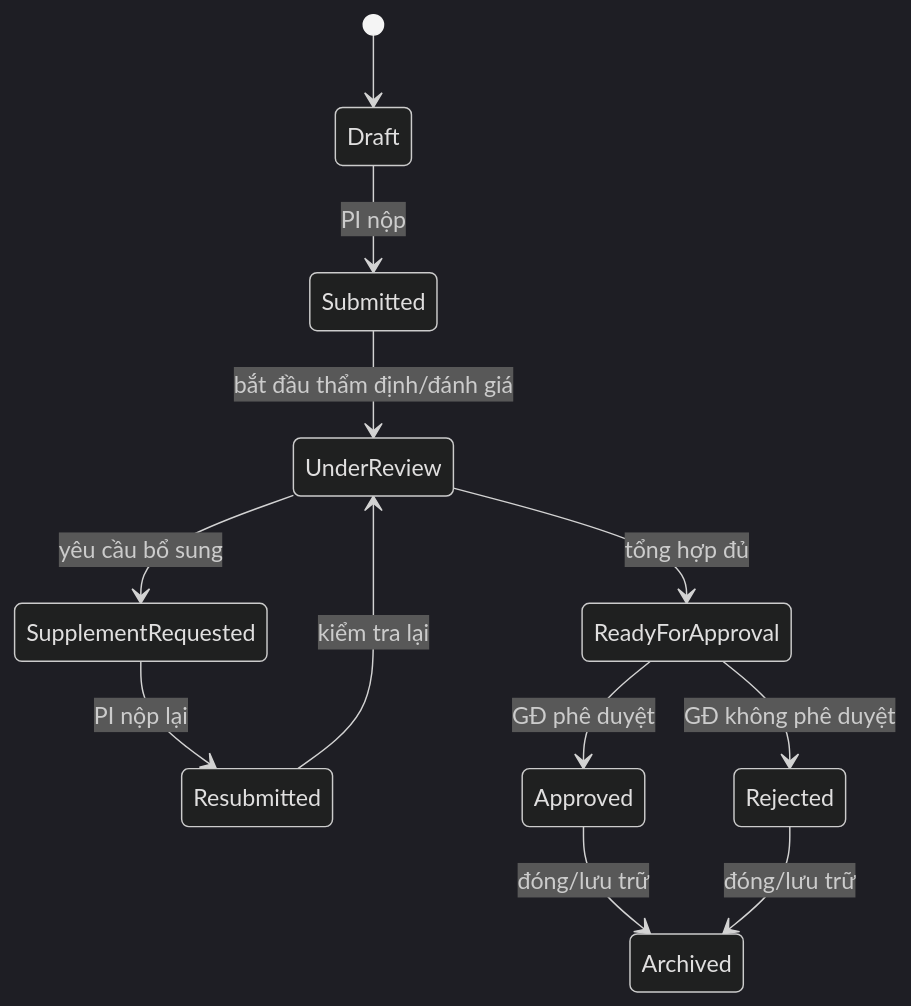
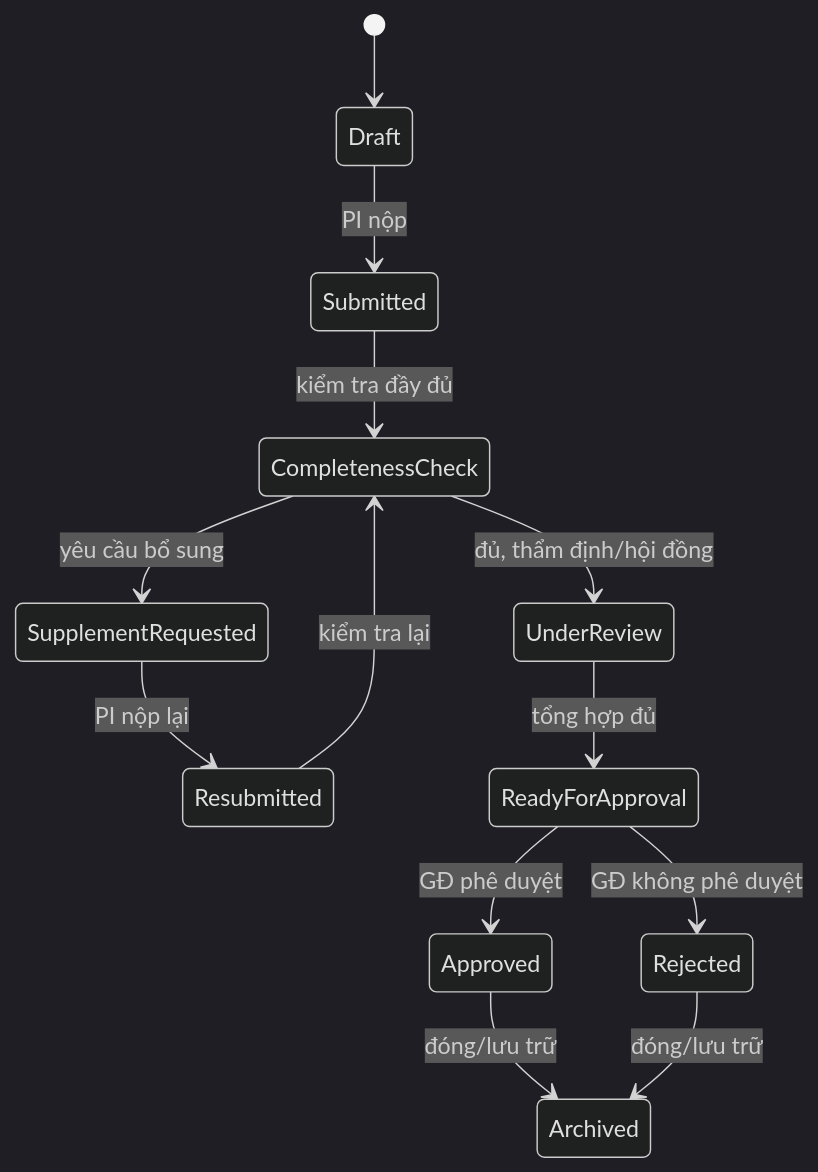
The ninth of 10 diagrams in docs/user-flows.md (thanhdotien278/DocManS), drawn with Mermaid (dark theme) before and after one commit. The commit also changed other lines of this file and 6 other files, not shown here.

````diff
--- a/docs/user-flows.md
+++ b/docs/user-flows.md
@@ -309,14 +313,15 @@
 ```mermaid
 stateDiagram-v2
   [*] --> Draft
   Draft --> Submitted: PI nộp
-  Submitted --> UnderReview: bắt đầu thẩm định/đánh giá
-  UnderReview --> SupplementRequested: yêu cầu bổ sung
+  Submitted --> CompletenessCheck: kiểm tra đầy đủ
+  CompletenessCheck --> SupplementRequested: yêu cầu bổ sung
   SupplementRequested --> Resubmitted: PI nộp lại
-  Resubmitted --> UnderReview: kiểm tra lại
+  Resubmitted --> CompletenessCheck: kiểm tra lại
+  CompletenessCheck --> UnderReview: đủ, thẩm định/hội đồng
   UnderReview --> ReadyForApproval: tổng hợp đủ
   ReadyForApproval --> Approved: GĐ phê duyệt
   ReadyForApproval --> Rejected: GĐ không phê duyệt
   Approved --> Archived: đóng/lưu trữ
   Rejected --> Archived: đóng/lưu trữ
 ```
````
